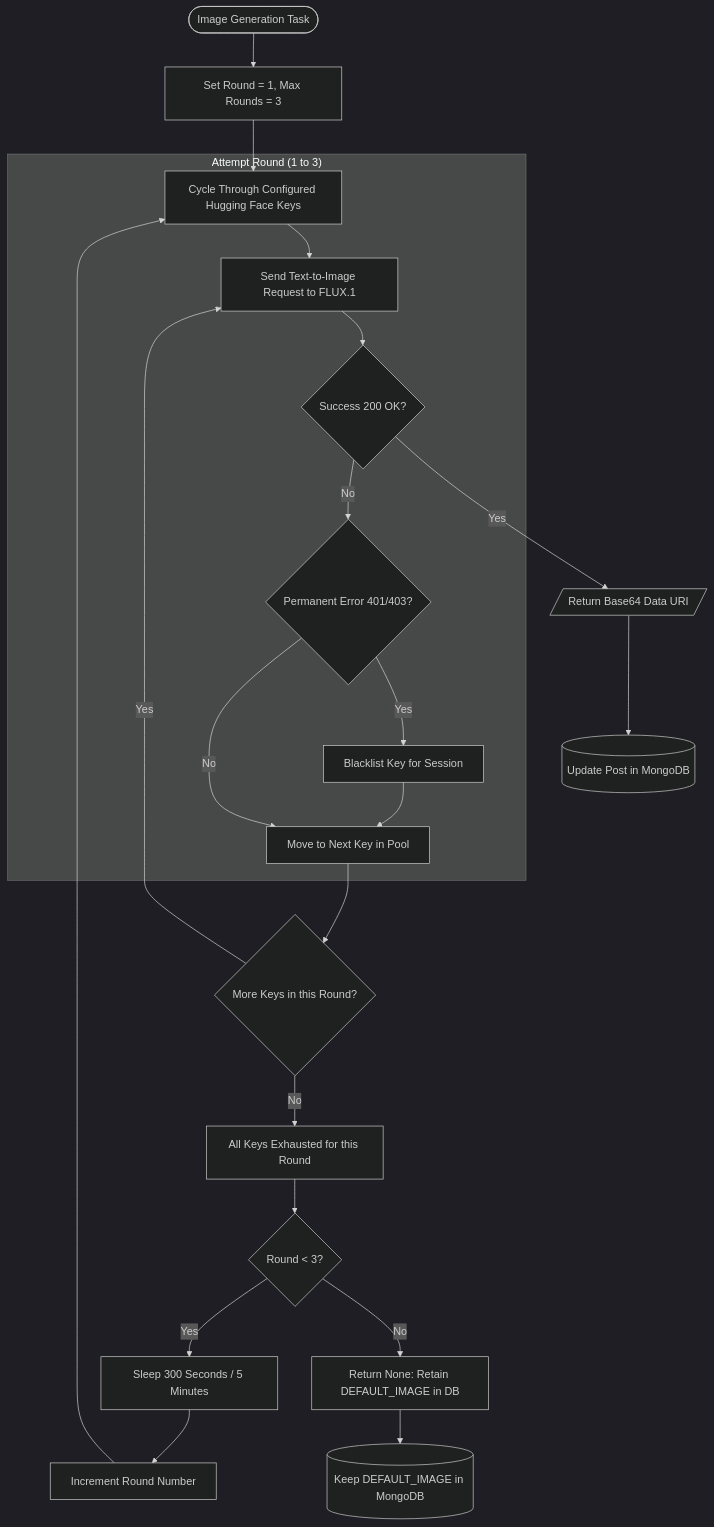
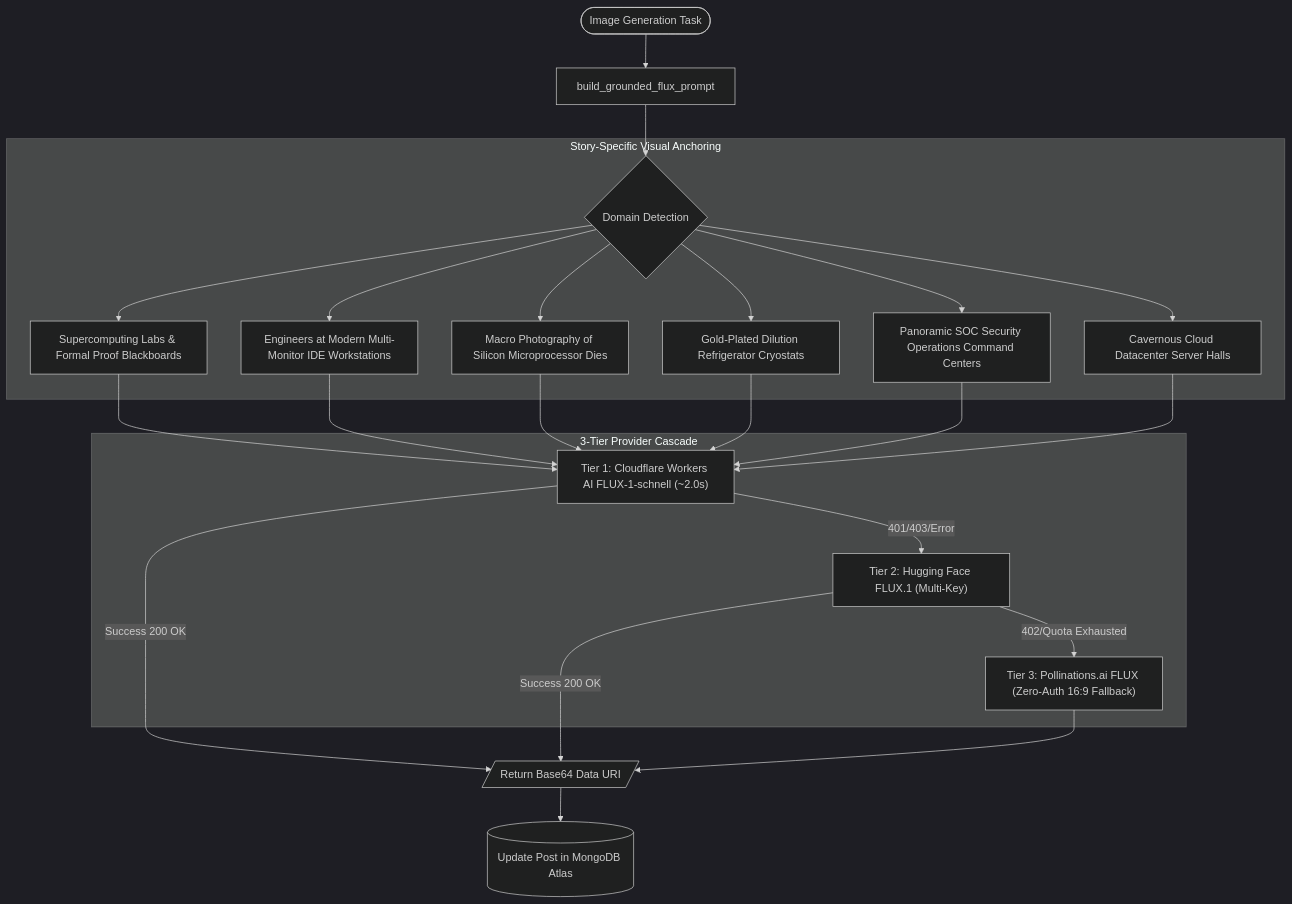
One commit to AnamolZ/lucid-trend changed the fourth of 5 diagrams in docs/mechanism.md. Above: the diagram before and after it, drawn with Mermaid (dark theme). The commit also changed other lines of this file and 2 other files, not shown here.

First line of the commit message:
docs: update README, architecture diagrams, and operational guides with 2-stage pipeline and Cloudflare FLUX cascade

````diff
--- a/docs/mechanism.md
+++ b/docs/mechanism.md
@@ -212,35 +173,33 @@
 ```mermaid
 flowchart TD
-    StartTask([Image Generation Task]) --> RoundInit[Set Round = 1, Max Rounds = 3]
+    StartTask([Image Generation Task]) --> GroundPrompt[build_grounded_flux_prompt]
     
-    subgraph RoundCycle ["Attempt Round (1 to 3)"]
-        KeyInit[Cycle Through Configured Hugging Face Keys]
-        SendReq[Send Text-to-Image Request to FLUX.1]
-        CheckSuccess{Success 200 OK?}
-        CheckPerm{Permanent Error 401/403?}
-        BlacklistKey[Blacklist Key for Session]
-        NextKey[Move to Next Key in Pool]
+    subgraph Grounding ["Story-Specific Visual Anchoring"]
+        DetectDomain{Domain Detection}
+        AI_Domain[Supercomputing Labs & Formal Proof Blackboards]
+        Dev_Domain[Engineers at Modern Multi-Monitor IDE Workstations]
+        Chip_Domain[Macro Photography of Silicon Microprocessor Dies]
+        Quantum_Domain[Gold-Plated Dilution Refrigerator Cryostats]
+        Cyber_Domain[Panoramic SOC Security Operations Command Centers]
+        Cloud_Domain[Cavernous Cloud Datacenter Server Halls]
     end
-
-    RoundInit --> KeyInit
-    KeyInit --> SendReq
-    SendReq --> CheckSuccess
     
-    CheckSuccess -- Yes --> ReturnImage[/Return Base64 Data URI/]
-    CheckSuccess -- No --> CheckPerm
+    GroundPrompt --> DetectDomain
+    DetectDomain --> AI_Domain & Dev_Domain & Chip_Domain & Quantum_Domain & Cyber_Domain & Cloud_Domain
     
-    CheckPerm -- Yes --> BlacklistKey --> NextKey
-    CheckPerm -- No --> NextKey
+    subgraph ProviderCascade ["3-Tier Provider Cascade"]
+        Tier1["Tier 1: Cloudflare Workers AI FLUX-1-schnell (~2.0s)"]
+        Tier2["Tier 2: Hugging Face FLUX.1 (Multi-Key)"]
+        Tier3["Tier 3: Pollinations.ai FLUX (Zero-Auth 16:9 Fallback)"]
+    end
     
-    NextKey --> MoreKeysInRound{More Keys in this Round?}
-    MoreKeysInRound -- Yes --> SendReq
-    MoreKeysInRound -- No --> AllExhausted[All Keys Exhausted for this Round]
+    AI_Domain & Dev_Domain & Chip_Domain & Quantum_Domain & Cyber_Domain & Cloud_Domain --> Tier1
     
-    AllExhausted --> CheckRound{Round < 3?}
-    CheckRound -- Yes --> Pause[Sleep 300 Seconds / 5 Minutes]
-    Pause --> IncrementRound[Increment Round Number] --> KeyInit
-    CheckRound -- No --> Conclude[Return None: Retain DEFAULT_IMAGE in DB]
+    Tier1 -->|Success 200 OK| ReturnImage[/Return Base64 Data URI/]
+    Tier1 -->|401/403/Error| Tier2
+    Tier2 -->|Success 200 OK| ReturnImage
+    Tier2 -->|402/Quota Exhausted| Tier3
+    Tier3 --> ReturnImage
     
-    ReturnImage --> UpdateDB[(Update Post in MongoDB)]
-    Conclude --> LeaveDefault[(Keep DEFAULT_IMAGE in MongoDB)]
+    ReturnImage --> UpdateDB[(Update Post in MongoDB Atlas)]
 ```
````
